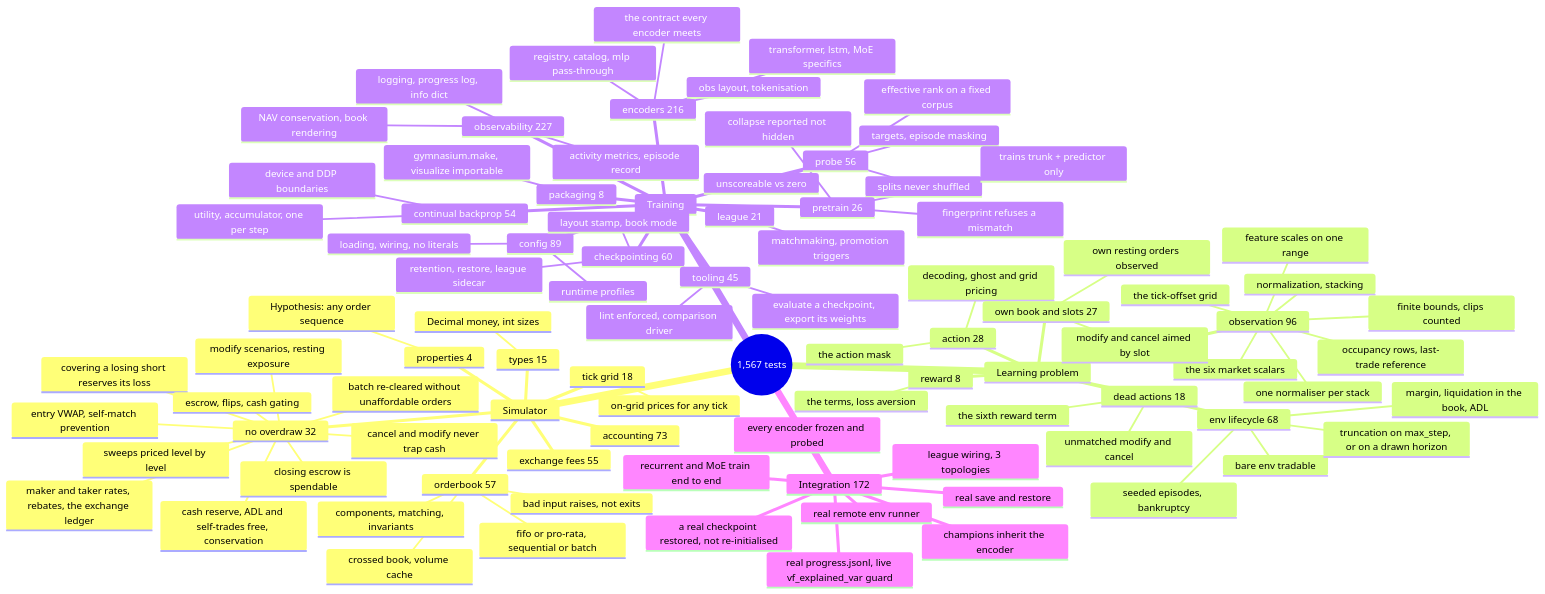
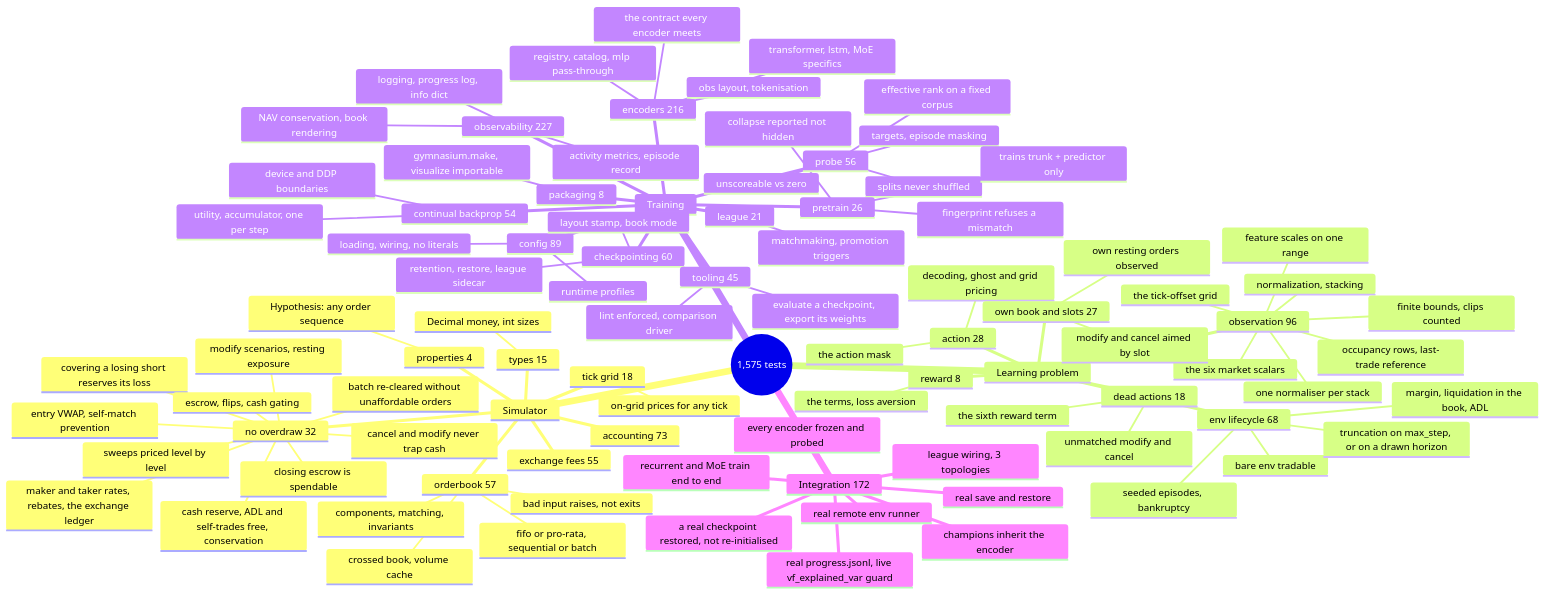
Before and after one commit to ChuaCheowHuan/gym-continuousDoubleAuction: the diagram in doc/10_testing.md, drawn with Mermaid. The commit also changed other lines of this file and 8 other files, not shown here.

````diff
--- a/doc/10_testing.md
+++ b/doc/10_testing.md
@@ -149,6 +150,6 @@
 ```mermaid
 mindmap
-  root((1,567 tests))
+  root((1,575 tests))
     Simulator
       orderbook 57
         components, matching, invariants
````
